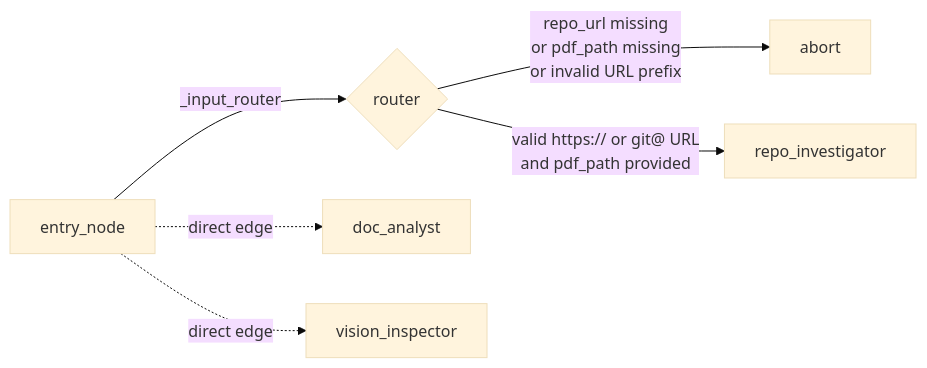
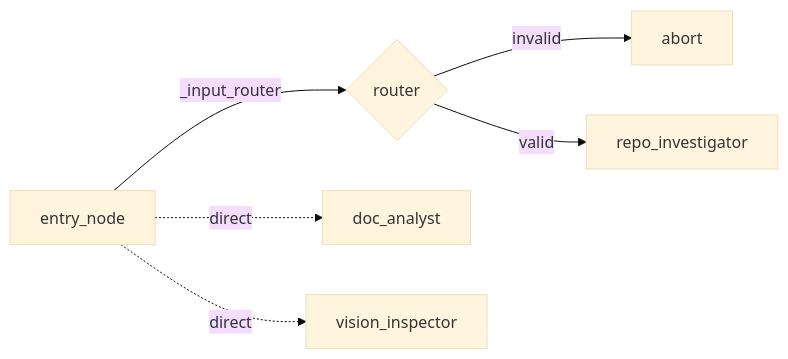
Before and after one commit to NebiyouBelaineh/LangGraph-Automation-Auditor: the seventh of 10 diagrams in reports/final_report.md, drawn with Mermaid (base theme). The commit also changed other lines of this file and 1 other file, not shown here.

````diff
--- a/reports/final_report.md
+++ b/reports/final_report.md
@@ -433,8 +453,8 @@
 ```mermaid
 flowchart LR
     entry_node -->|_input_router| router{router}
-    router -->|"repo_url missing\nor pdf_path missing\nor invalid URL prefix"| abort
-    router -->|"valid https:// or git@ URL\nand pdf_path provided"| repo_investigator
-    entry_node -.->|direct edge| doc_analyst
-    entry_node -.->|direct edge| vision_inspector
+    router -->|invalid| abort
+    router -->|valid| repo_investigator
+    entry_node -.->|direct| doc_analyst
+    entry_node -.->|direct| vision_inspector
 ```
````
